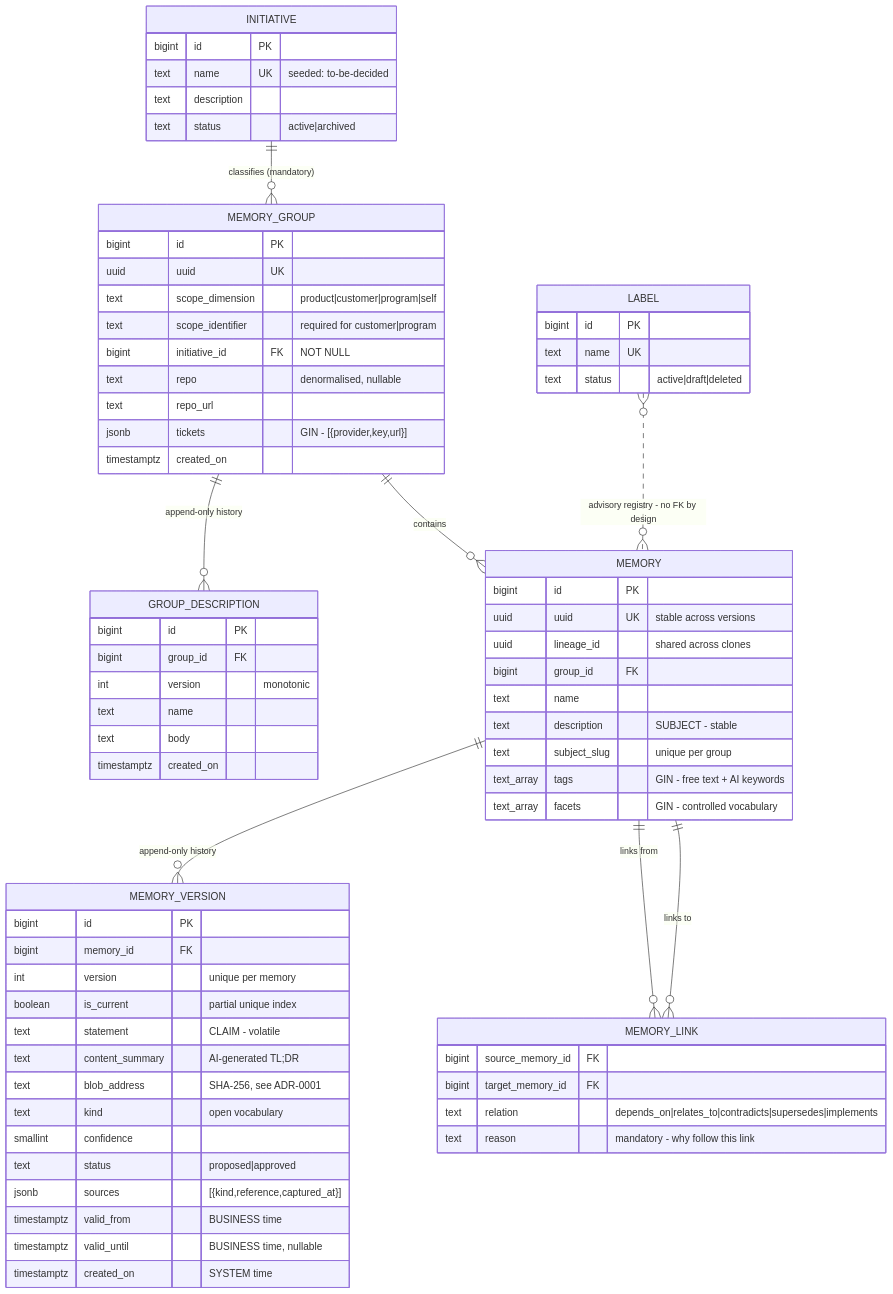
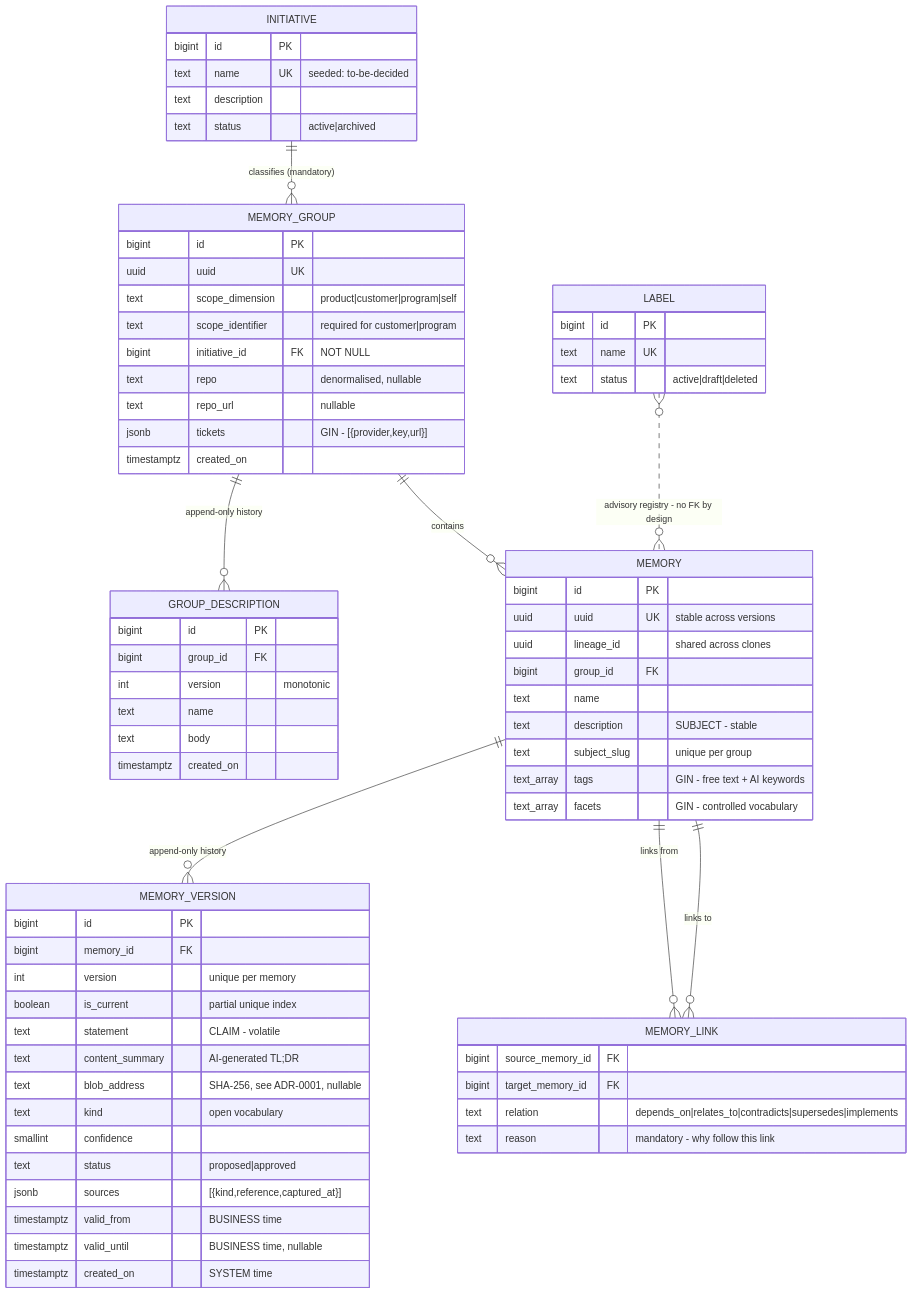
Before and after one commit to generic-automation-and-it/smooth-ai-product-context-memory: the diagram in .docs/hlds/adr-0002-persistence-layer-architecture.md, drawn with Mermaid. The commit also changed other lines of this file and 2 other files, not shown here.

Commit message:
docs(persistence): fix documentation drift flagged in review
Restore the "Enforce invariants at construction" default in DOMAIN_AGENTS.md
so the ADR-0002 exceptions clearly carve out context-memory rows. Add missing
nullable annotations for blob_address and repo_url in the ADR ER diagram, and
correct the phantom "model identifier and prompt version are stored" claim to
future tense (the columns arrive with the write path). Align the architecture
wiki soft-constraint sentence to future tense and restore the subject_slug
exact-match backstop it had dropped.

````diff
--- a/.docs/hlds/adr-0002-persistence-layer-architecture.md
+++ b/.docs/hlds/adr-0002-persistence-layer-architecture.md
@@ -144,74 +144,74 @@
 ```mermaid
 erDiagram
     INITIATIVE ||--o{ MEMORY_GROUP : "classifies (mandatory)"
     MEMORY_GROUP ||--o{ GROUP_DESCRIPTION : "append-only history"
     MEMORY_GROUP ||--o{ MEMORY : contains
     MEMORY ||--o{ MEMORY_VERSION : "append-only history"
     MEMORY ||--o{ MEMORY_LINK : "links from"
     MEMORY ||--o{ MEMORY_LINK : "links to"
     LABEL }o..o{ MEMORY : "advisory registry - no FK by design"
 
     INITIATIVE {
         bigint id PK
         text name UK "seeded: to-be-decided"
         text description
         text status "active|archived"
     }
     LABEL {
         bigint id PK
         text name UK
         text status "active|draft|deleted"
     }
     MEMORY_GROUP {
         bigint id PK
         uuid uuid UK
         text scope_dimension "product|customer|program|self"
         text scope_identifier "required for customer|program"
         bigint initiative_id FK "NOT NULL"
         text repo "denormalised, nullable"
-        text repo_url
+        text repo_url "nullable"
         jsonb tickets "GIN - [{provider,key,url}]"
         timestamptz created_on
     }
     GROUP_DESCRIPTION {
         bigint id PK
         bigint group_id FK
         int version "monotonic"
         text name
         text body
         timestamptz created_on
     }
     MEMORY {
         bigint id PK
         uuid uuid UK "stable across versions"
         uuid lineage_id "shared across clones"
         bigint group_id FK
         text name
         text description "SUBJECT - stable"
         text subject_slug "unique per group"
         text_array tags "GIN - free text + AI keywords"
         text_array facets "GIN - controlled vocabulary"
     }
     MEMORY_VERSION {
         bigint id PK
         bigint memory_id FK
         int version "unique per memory"
         boolean is_current "partial unique index"
         text statement "CLAIM - volatile"
         text content_summary "AI-generated TL;DR"
-        text blob_address "SHA-256, see ADR-0001"
+        text blob_address "SHA-256, see ADR-0001, nullable"
         text kind "open vocabulary"
         smallint confidence
         text status "proposed|approved"
         jsonb sources "[{kind,reference,captured_at}]"
         timestamptz valid_from "BUSINESS time"
         timestamptz valid_until "BUSINESS time, nullable"
         timestamptz created_on "SYSTEM time"
     }
     MEMORY_LINK {
         bigint source_memory_id FK
         bigint target_memory_id FK
         text relation "depends_on|relates_to|contradicts|supersedes|implements"
         text reason "mandatory - why follow this link"
     }
 ```
````
